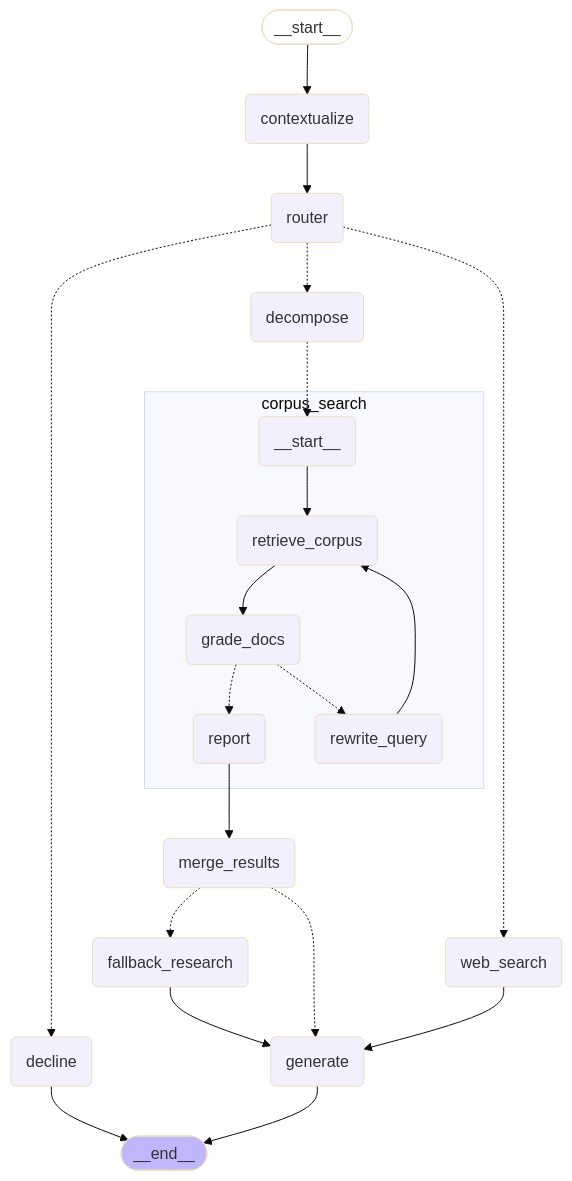
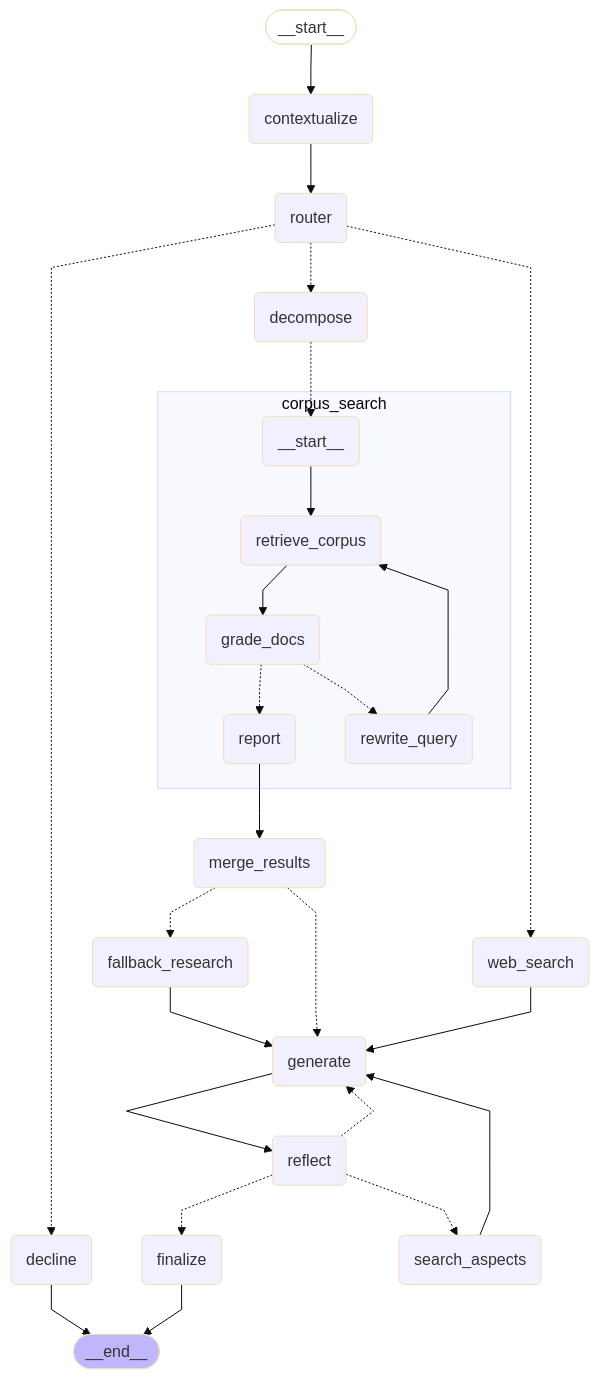
One commit to Francisco-J-Gomez/ai-code-assistant-self-reflective changed the diagram in README.md. Above: the diagram before and after it, drawn with Mermaid (base theme). The commit also changed other lines of this file and 20 other files, not shown here.

````diff
--- a/README.md
+++ b/README.md
@@ -55,41 +62,54 @@
 ```mermaid
+---
+config:
+  flowchart:
+    curve: linear
+---
 graph TD;
 	__start__([<p>__start__</p>]):::first
 	contextualize(contextualize)
 	router(router)
 	decline(decline)
 	decompose(decompose)
 	fallback_research(fallback_research)
 	web_search(web_search)
 	generate(generate)
 	merge_results(merge_results)
+	reflect(reflect)
+	search_aspects(search_aspects)
+	finalize(finalize)
 	__end__([<p>__end__</p>]):::last
 	__start__ --> contextualize;
 	contextualize --> router;
 	cs_report --> merge_results;
 	decompose -.-> cs___start__;
 	fallback_research --> generate;
+	generate --> reflect;
 	merge_results -.-> fallback_research;
 	merge_results -.-> generate;
+	reflect -.-> finalize;
+	reflect -.-> generate;
+	reflect -.-> search_aspects;
 	router -.-> decline;
 	router -.-> decompose;
 	router -.-> web_search;
+	search_aspects --> generate;
 	web_search --> generate;
 	decline --> __end__;
-	generate --> __end__;
+	finalize --> __end__;
 	subgraph corpus_search
 	cs___start__(<p>__start__</p>)
 	cs_retrieve_corpus(retrieve_corpus)
 	cs_grade_docs(grade_docs)
 	cs_rewrite_query(rewrite_query)
 	cs_report(report)
 	cs___start__ --> cs_retrieve_corpus;
 	cs_grade_docs -.-> cs_report;
 	cs_grade_docs -.-> cs_rewrite_query;
 	cs_retrieve_corpus --> cs_grade_docs;
 	cs_rewrite_query --> cs_retrieve_corpus;
 	end
 	classDef default fill:#f2f0ff,line-height:1.2
 	classDef first fill-opacity:0
 	classDef last fill:#bfb6fc
 ```
````
